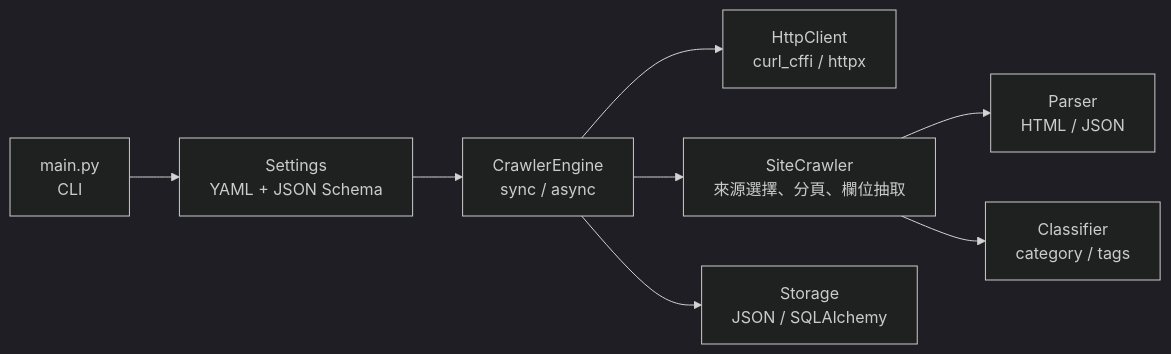
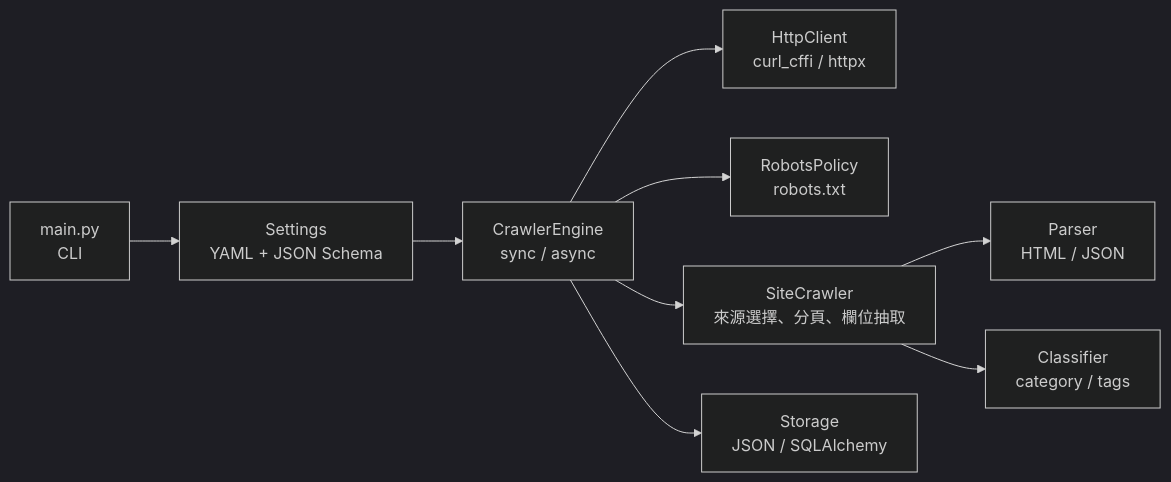
One commit to victor-900603/web-harvester changed the diagram in README.md. Above: the diagram before and after it, drawn with Mermaid (dark theme). The commit also changed other lines of this file and 4 other files, not shown here.

````diff
--- a/README.md
+++ b/README.md
@@ -60,10 +62,11 @@
 ```mermaid
 flowchart LR
     CLI["main.py<br/>CLI"] --> CFG["Settings<br/>YAML + JSON Schema"]
     CFG --> ENGINE["CrawlerEngine<br/>sync / async"]
     ENGINE --> HTTP["HttpClient<br/>curl_cffi / httpx"]
+    ENGINE --> ROBOTS["RobotsPolicy<br/>robots.txt"]
     ENGINE --> CRAWLER["SiteCrawler<br/>來源選擇、分頁、欄位抽取"]
     CRAWLER --> PARSER["Parser<br/>HTML / JSON"]
     CRAWLER --> CLS["Classifier<br/>category / tags"]
     ENGINE --> STORE["Storage<br/>JSON / SQLAlchemy"]
 ```
````
